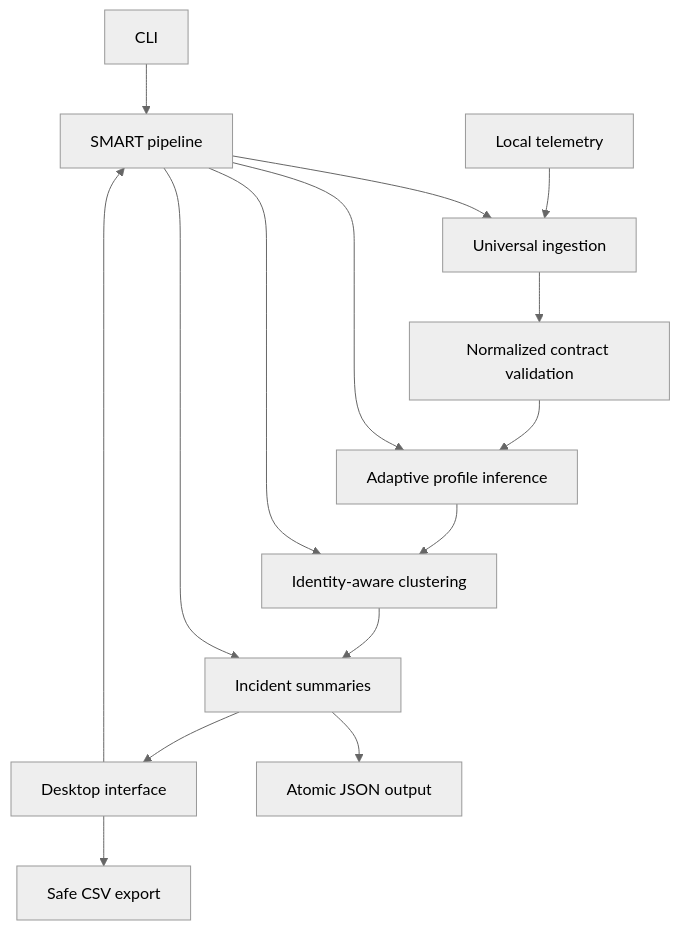
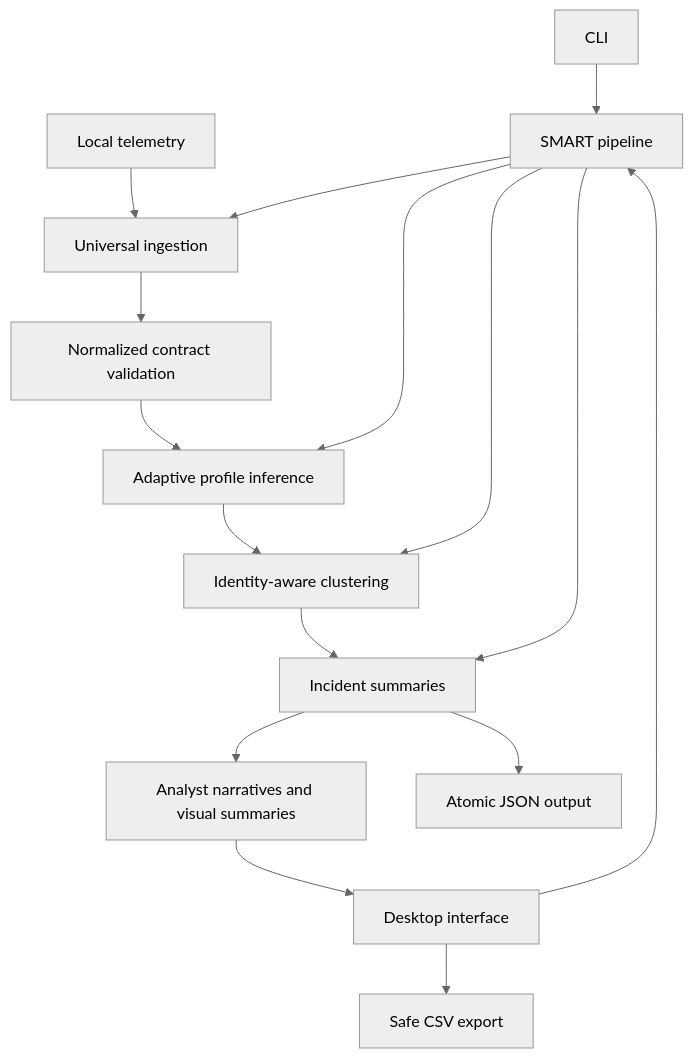
One commit to saltyma/soc-alert-deduplicator changed the diagram in docs/architecture.md. Above: the diagram before and after it, drawn with Mermaid (neutral theme). The commit also changed other lines of this file and 20 other files, not shown here.

````diff
--- a/docs/architecture.md
+++ b/docs/architecture.md
@@ -7,17 +7,18 @@
 ```mermaid
 flowchart TB
     CLI["CLI"] --> Pipeline["SMART pipeline"]
     GUI["Desktop interface"] --> Pipeline
     Files["Local telemetry"] --> Ingest["Universal ingestion"]
     Ingest --> Validate["Normalized contract validation"]
     Validate --> Profile["Adaptive profile inference"]
     Profile --> Cluster["Identity-aware clustering"]
     Cluster --> Summaries["Incident summaries"]
+    Summaries --> Insights["Analyst narratives and visual summaries"]
     Summaries --> JSON["Atomic JSON output"]
-    Summaries --> GUI
+    Insights --> GUI
     GUI --> CSV["Safe CSV export"]
     Pipeline --> Ingest
     Pipeline --> Profile
     Pipeline --> Cluster
     Pipeline --> Summaries
 ```
````
